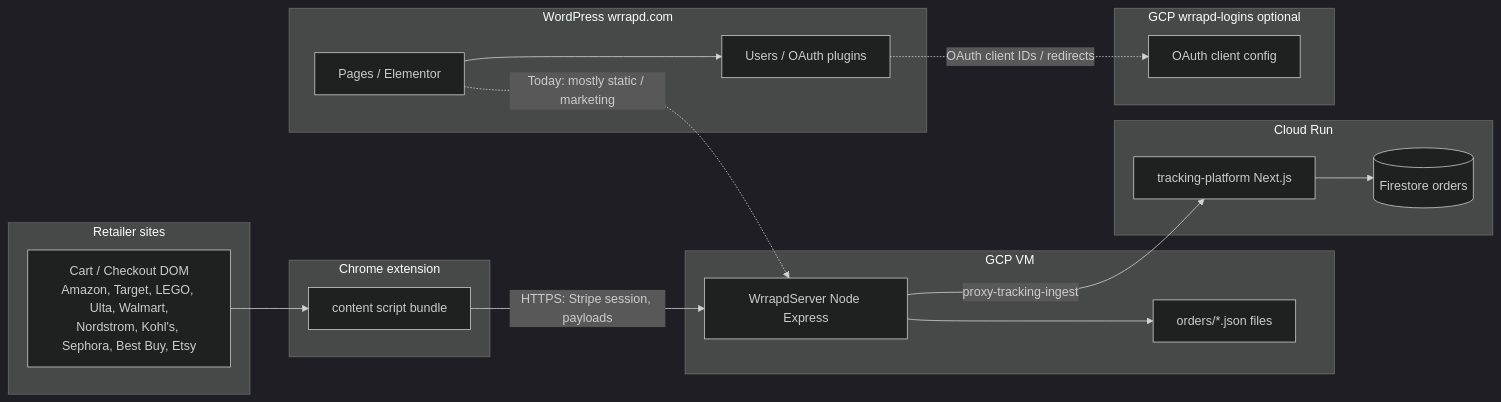
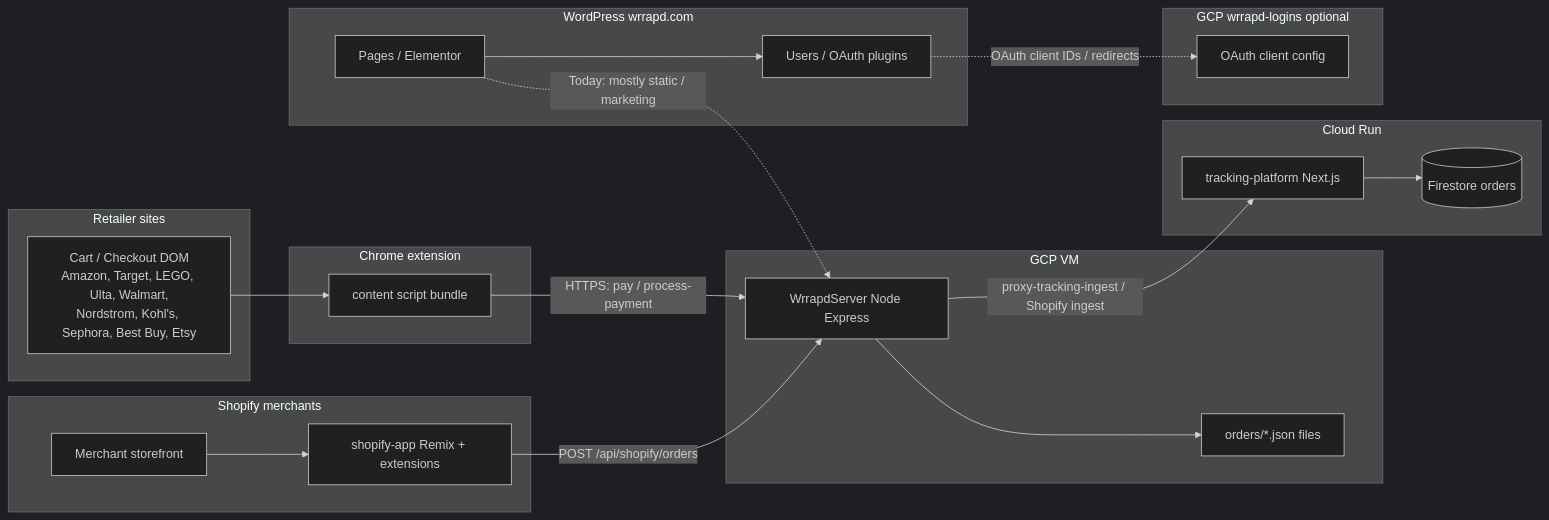
One commit to phill86518/WrrapdExtension-main changed the diagram in docs/INTEGRATION-MAP.md. Above: the diagram before and after it, drawn with Mermaid (dark theme). The commit also changed other lines of this file and 40 other files, not shown here.

First line of the commit message:
Add Wrrapd Inc. Shopify gift-wrap app scaffold and hub ingest.

````diff
--- a/docs/INTEGRATION-MAP.md
+++ b/docs/INTEGRATION-MAP.md
@@ -5,38 +5,45 @@
 ```mermaid
 flowchart LR
   subgraph retailer [Retailer sites]
     A[Cart / Checkout DOM<br/>Amazon, Target, LEGO, Ulta, Walmart,<br/>Nordstrom, Kohl's, Sephora, Best Buy, Etsy]
   end
 
   subgraph ext [Chrome extension]
     E[content script bundle]
+  end
+
+  subgraph shopify [Shopify merchants]
+    SStore[Merchant storefront]
+    SApp[shopify-app Remix + extensions]
   end
 
   subgraph vm [GCP VM]
     W[WrrapdServer Node Express]
     J[orders/*.json files]
   end
 
   subgraph run [Cloud Run]
     T[tracking-platform Next.js]
     F[(Firestore orders)]
   end
 
   subgraph wp [WordPress wrrapd.com]
     P[Pages / Elementor]
     U[Users / OAuth plugins]
   end
 
   subgraph idp [GCP wrrapd-logins optional]
     O[OAuth client config]
   end
 
   A --> E
-  E -->|"HTTPS: Stripe session, payloads"| W
+  E -->|"HTTPS: pay / process-payment"| W
+  SStore --> SApp
+  SApp -->|"POST /api/shopify/orders"| W
   W --> J
-  W -->|"proxy-tracking-ingest"| T
+  W -->|"proxy-tracking-ingest / Shopify ingest"| T
   T --> F
   P --> U
   U -.->|"OAuth client IDs / redirects"| O
   P -.->|"Today: mostly static / marketing"| W
 ```
````
